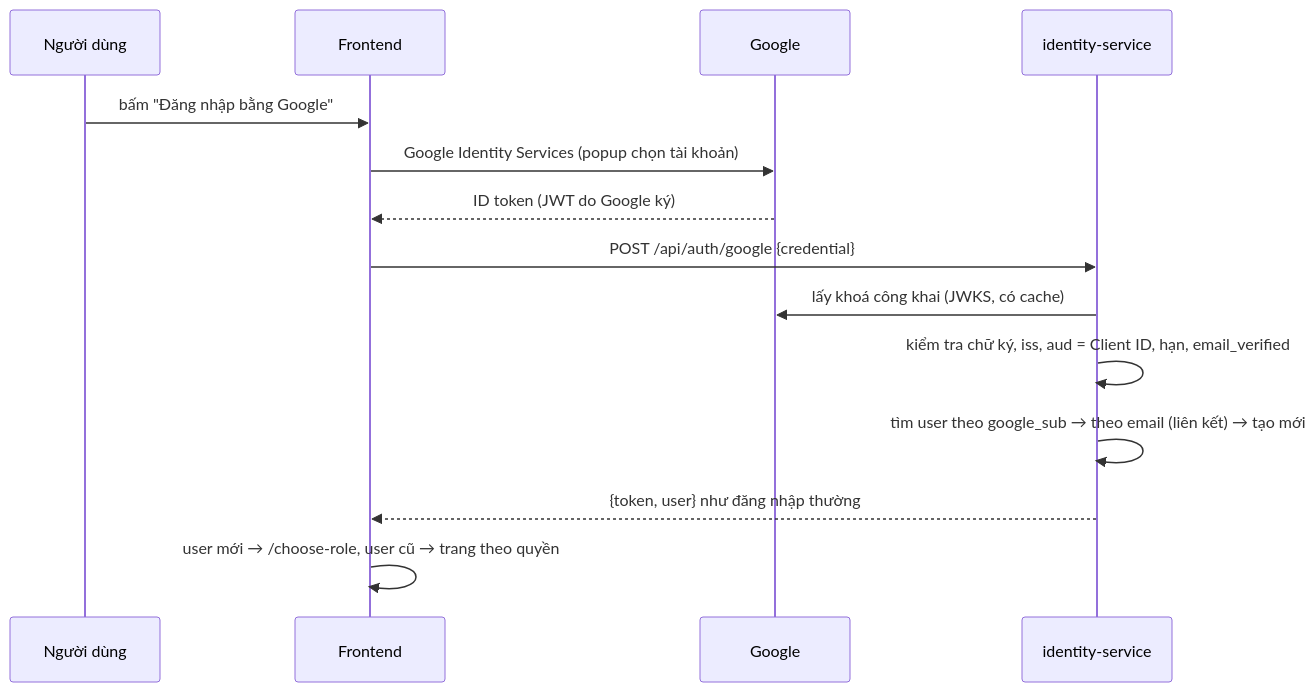
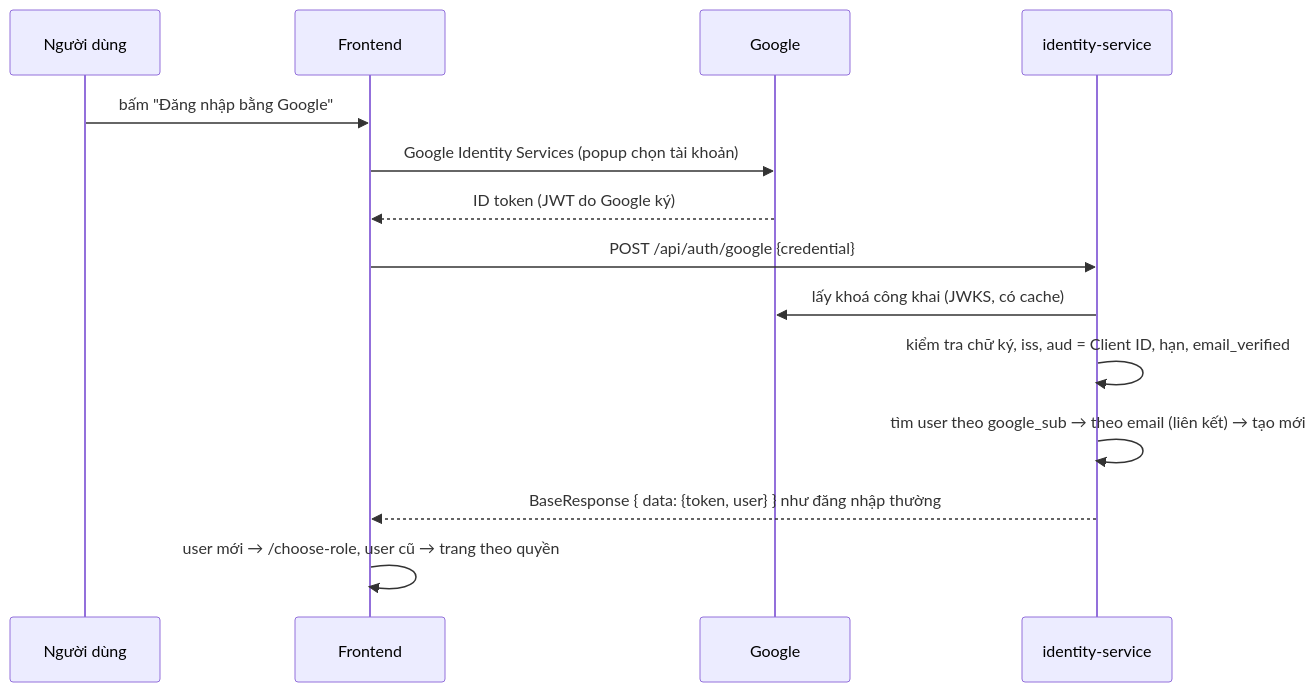
The diagram in docs/GOOGLE_LOGIN.md (long20102004/recruit_system), drawn with Mermaid before and after one commit. The commit also changed 78 other files, not shown here.

First line of the commit message:
refactor(api): class DTOs + BaseResponse for identity, paginate list endpoints

````diff
--- a/docs/GOOGLE_LOGIN.md
+++ b/docs/GOOGLE_LOGIN.md
@@ -25,17 +25,17 @@
 ```mermaid
 sequenceDiagram
     participant U as Người dùng
     participant FE as Frontend
     participant G as Google
     participant ID as identity-service
 
     U->>FE: bấm "Đăng nhập bằng Google"
     FE->>G: Google Identity Services (popup chọn tài khoản)
     G-->>FE: ID token (JWT do Google ký)
     FE->>ID: POST /api/auth/google {credential}
     ID->>G: lấy khoá công khai (JWKS, có cache)
     ID->>ID: kiểm tra chữ ký, iss, aud = Client ID, hạn, email_verified
     ID->>ID: tìm user theo google_sub → theo email (liên kết) → tạo mới
-    ID-->>FE: {token, user} như đăng nhập thường
+    ID-->>FE: BaseResponse { data: {token, user} } như đăng nhập thường
     FE->>FE: user mới → /choose-role, user cũ → trang theo quyền
 ```
````
